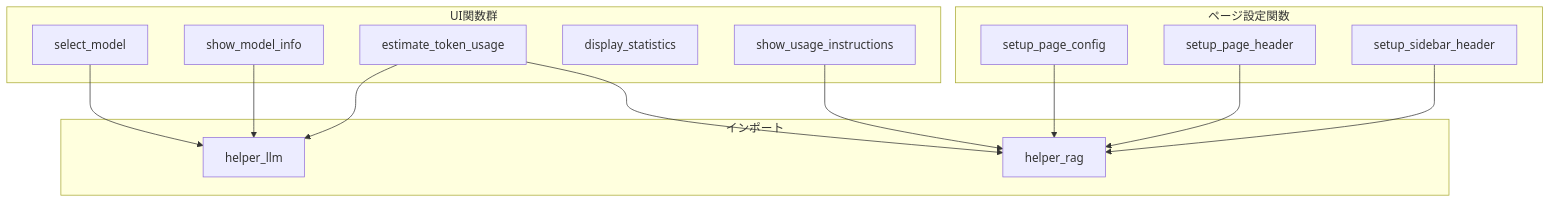
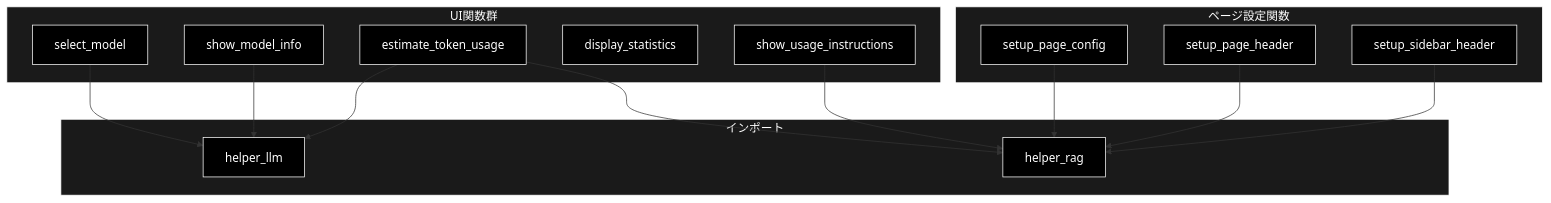
The second of 4 diagrams in ui/doc/rag_components.md (nakashima2toshio/ollama_grace_agent_v2), drawn with Mermaid before and after one commit. The commit also changed other lines of this file and 10 other files, not shown here.

````diff
--- a/ui/doc/rag_components.md
+++ b/ui/doc/rag_components.md
@@ -102,30 +109,36 @@
 ```mermaid
 flowchart TB
     subgraph UI_FUNCS["UI関数群"]
         SM[select_model]
         SMI[show_model_info]
         ETU[estimate_token_usage]
         DS[display_statistics]
         SUI[show_usage_instructions]
     end
 
     subgraph PAGE_FUNCS["ページ設定関数"]
         SPC[setup_page_config]
         SPH[setup_page_header]
         SSH[setup_sidebar_header]
     end
 
     subgraph IMPORTS["インポート"]
         LLM_HELPER[helper_llm]
         RAG_HELPER[helper_rag]
     end
 
     SM --> LLM_HELPER
     SMI --> LLM_HELPER
     ETU --> LLM_HELPER
     ETU --> RAG_HELPER
     SUI --> RAG_HELPER
     SPC --> RAG_HELPER
     SPH --> RAG_HELPER
     SSH --> RAG_HELPER
+classDef default fill:#000,stroke:#fff,color:#fff
+classDef subgraphStyle fill:#1a1a1a,stroke:#fff,color:#fff
+class SM,SMI,ETU,DS,SUI,SPC,SPH,SSH,LLM_HELPER,RAG_HELPER default
+style UI_FUNCS fill:#1a1a1a,stroke:#fff,color:#fff
+style PAGE_FUNCS fill:#1a1a1a,stroke:#fff,color:#fff
+style IMPORTS fill:#1a1a1a,stroke:#fff,color:#fff
 ```
````
